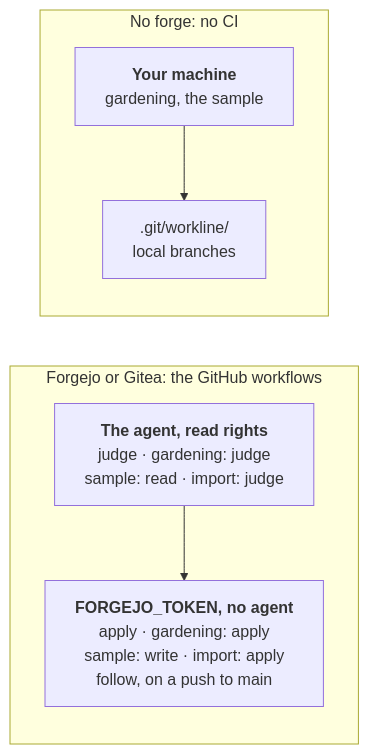
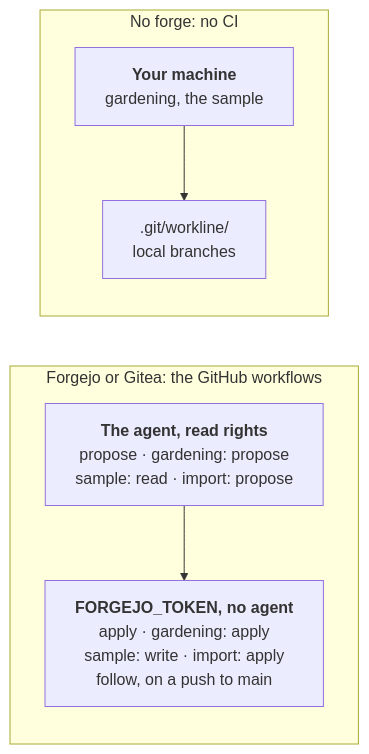
Before and after one commit to JN0V/workline: the diagram in docs/ci-other-forges.md, drawn with Mermaid. The commit also changed other lines of this file and 89 other files, not shown here.

````diff
--- a/docs/ci-other-forges.md
+++ b/docs/ci-other-forges.md
@@ -22,12 +22,12 @@
 ```mermaid
 %%{init: {"flowchart": {"wrappingWidth": 400}}}%%
 flowchart LR
   subgraph forgejo["Forgejo or Gitea: the GitHub workflows"]
-    reads["<b>The agent, read rights</b><br/>judge · gardening: judge<br/>sample: read · import: judge"]
+    reads["<b>The agent, read rights</b><br/>propose · gardening: propose<br/>sample: read · import: propose"]
     writes["<b>FORGEJO_TOKEN, no agent</b><br/>apply · gardening: apply<br/>sample: write · import: apply<br/>follow, on a push to main"]
     reads --> writes
   end
   subgraph local["No forge: no CI"]
     machine["<b>Your machine</b><br/>gardening, the sample"] --> files[".git/workline/<br/>local branches"]
   end
 ```
````
